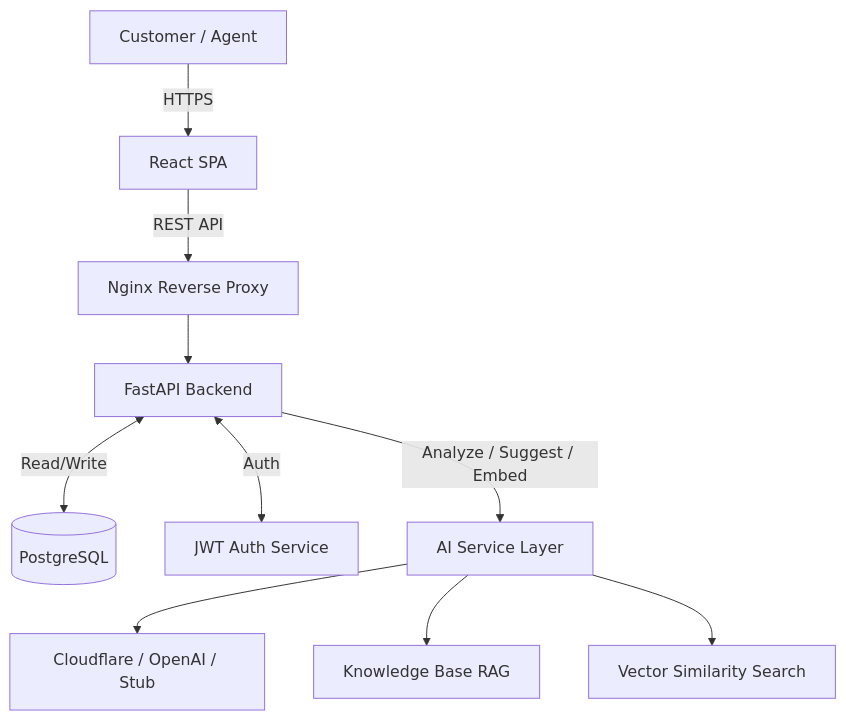
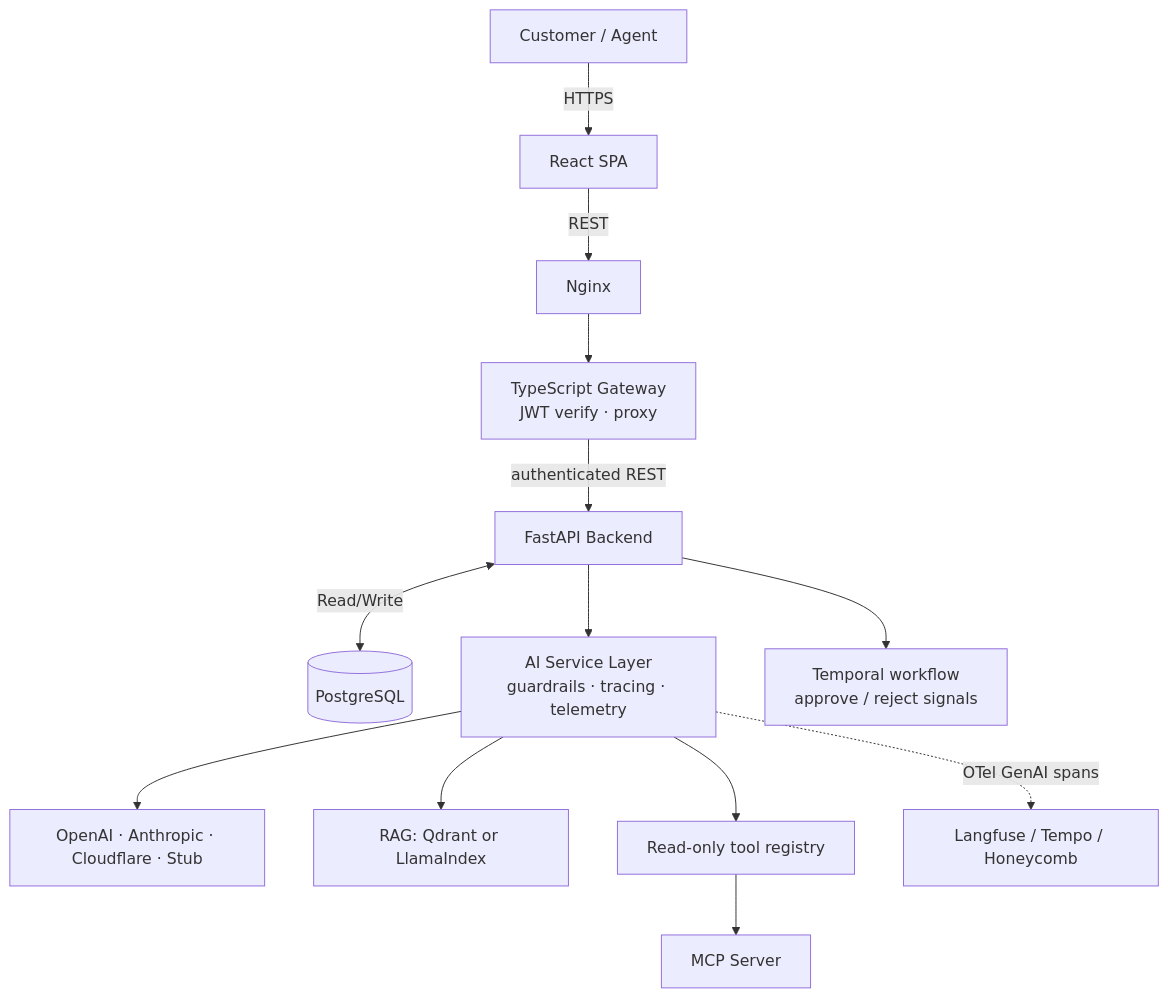
Before and after one commit to imtarget05/SupportDesk: the diagram in README.md, drawn with Mermaid. The commit also changed other lines of this file and 12 other files, not shown here.

````diff
--- a/README.md
+++ b/README.md
@@ -35,14 +64,16 @@
 ```mermaid
 graph TD
     Client[Customer / Agent] -->|HTTPS| SPA[React SPA]
-    SPA -->|REST API| Nginx[Nginx Reverse Proxy]
-    Nginx --> FastAPI[FastAPI Backend]
-    
-    FastAPI <-->|Read/Write| DB[(PostgreSQL)]
-    FastAPI <-->|Auth| JWT[JWT Auth Service]
-    
-    FastAPI -->|Analyze / Suggest / Embed| AIService[AI Service Layer]
-    AIService --> LLM[Cloudflare / OpenAI / Stub]
-    AIService --> RAG[Knowledge Base RAG]
-    AIService --> Similarity[Vector Similarity Search]
+    SPA -->|REST| Nginx[Nginx]
+    Nginx --> GW[TypeScript Gateway<br/>JWT verify · proxy]
+    GW -->|authenticated REST| API[FastAPI Backend]
+
+    API <-->|Read/Write| DB[(PostgreSQL)]
+    API --> AISvc[AI Service Layer<br/>guardrails · tracing · telemetry]
+    AISvc --> LLM[OpenAI · Anthropic · Cloudflare · Stub]
+    AISvc --> RAG[RAG: Qdrant or LlamaIndex]
+    AISvc --> Tools[Read-only tool registry]
+    Tools --> MCP[MCP Server]
+    API --> WF[Temporal workflow<br/>approve / reject signals]
+    AISvc -.->|OTel GenAI spans| Obs[Langfuse / Tempo / Honeycomb]
 ```
````
